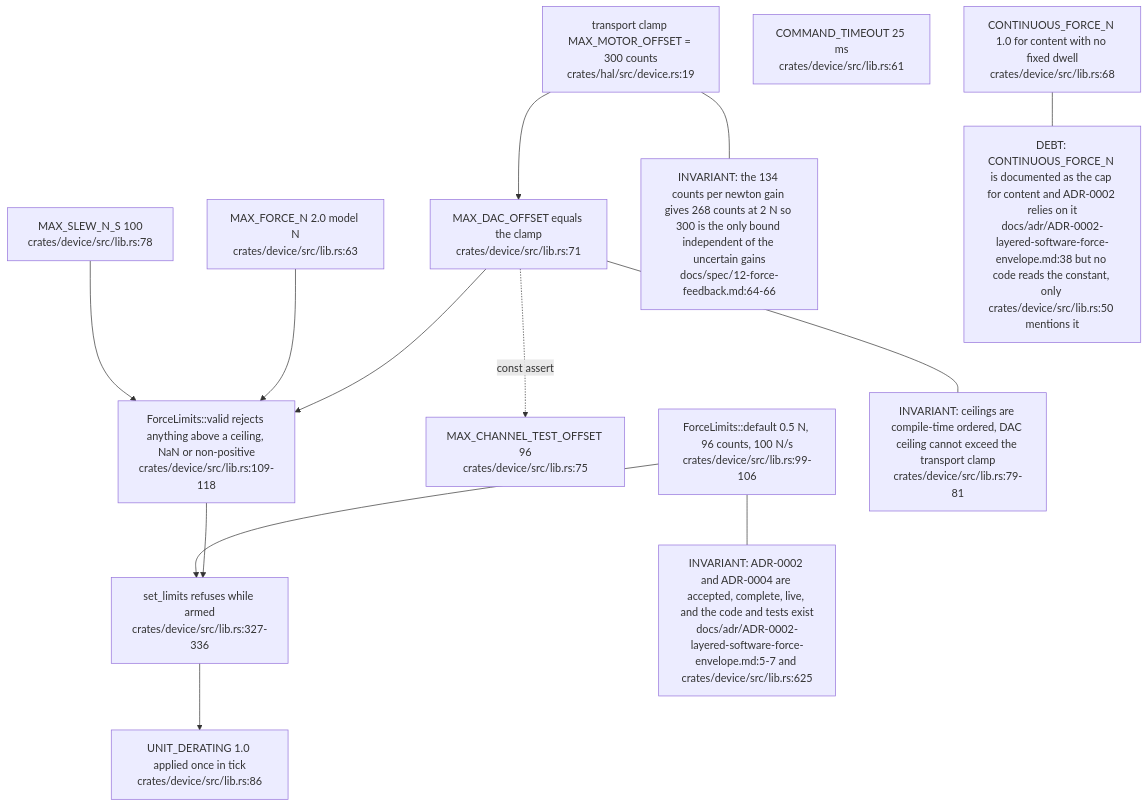
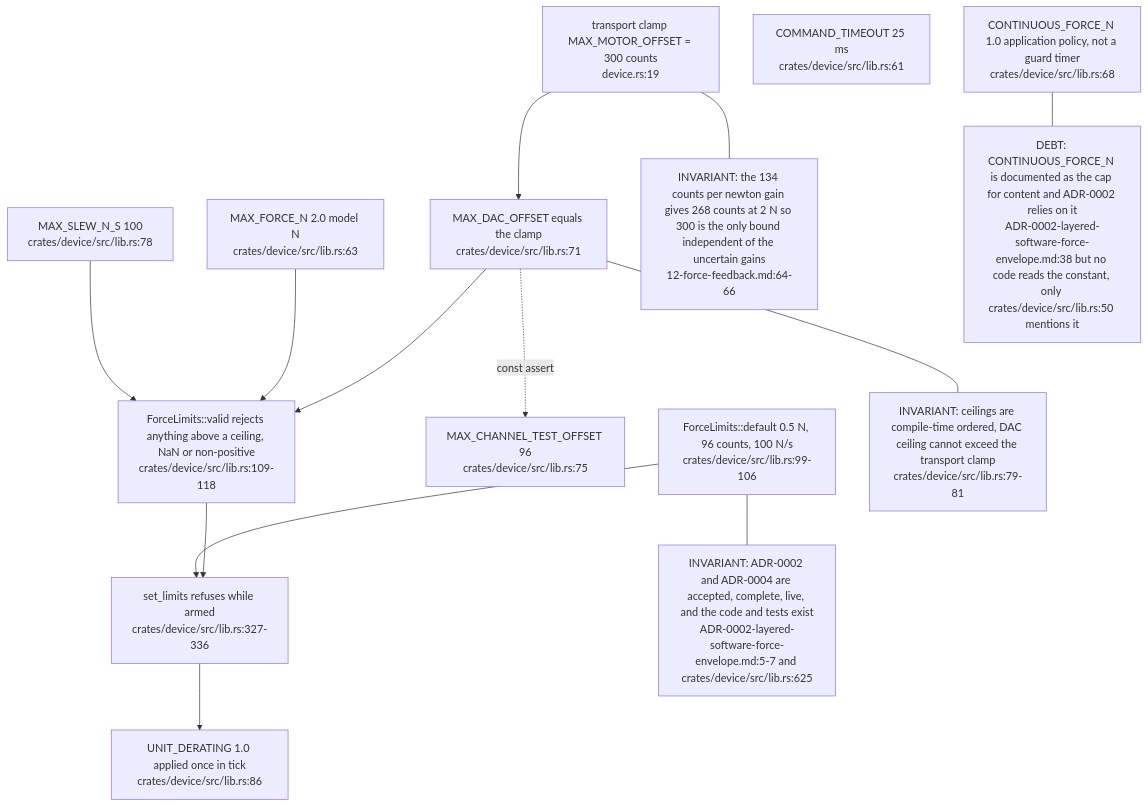
One commit to DreamLab-AI/VisionFlow changed the first of 5 diagrams in docs/diagrams/visiontouch-rs/03-device-sdk-and-force-guard.md. Above: the diagram before and after it, drawn with Mermaid. The commit also changed other lines of this file and 27 other files, not shown here.

````diff
--- a/docs/diagrams/visiontouch-rs/03-device-sdk-and-force-guard.md
+++ b/docs/diagrams/visiontouch-rs/03-device-sdk-and-force-guard.md
@@ -29,30 +31,30 @@
 ```mermaid
 flowchart TB
-    HAL["transport clamp MAX_MOTOR_OFFSET = 300 counts<br/>crates/hal/src/device.rs:19"]
+    HAL["transport clamp MAX_MOTOR_OFFSET = 300 counts<br/>device.rs:19"]
     DACMAX["MAX_DAC_OFFSET equals the clamp<br/>crates/device/src/lib.rs:71"]
     FMAX["MAX_FORCE_N 2.0 model N<br/>crates/device/src/lib.rs:63"]
     SLEW["MAX_SLEW_N_S 100<br/>crates/device/src/lib.rs:78"]
     TO["COMMAND_TIMEOUT 25 ms<br/>crates/device/src/lib.rs:61"]
     DEF["ForceLimits::default 0.5 N, 96 counts, 100 N/s<br/>crates/device/src/lib.rs:99-106"]
-    CONT["CONTINUOUS_FORCE_N 1.0 for content with no fixed dwell<br/>crates/device/src/lib.rs:68"]
+    CONT["CONTINUOUS_FORCE_N 1.0 application policy, not a guard timer<br/>crates/device/src/lib.rs:68"]
     CH["MAX_CHANNEL_TEST_OFFSET 96<br/>crates/device/src/lib.rs:75"]
     VAL["ForceLimits::valid rejects anything above a ceiling, NaN or non-positive<br/>crates/device/src/lib.rs:109-118"]
     SET["set_limits refuses while armed<br/>crates/device/src/lib.rs:327-336"]
     DER["UNIT_DERATING 1.0 applied once in tick<br/>crates/device/src/lib.rs:86"]
     HAL --> DACMAX
     DACMAX --> VAL
     FMAX --> VAL
     SLEW --> VAL
     VAL --> SET
     DEF --> SET
     DACMAX -. "const assert" .-> CH
     SET --> DER
     N1["INVARIANT: ceilings are compile-time ordered, DAC ceiling cannot exceed the transport clamp<br/>crates/device/src/lib.rs:79-81"]
-    N2["INVARIANT: the 134 counts per newton gain gives 268 counts at 2 N so 300 is the only bound independent of the uncertain gains<br/>docs/spec/12-force-feedback.md:64-66"]
-    N3["DEBT: CONTINUOUS_FORCE_N is documented as the cap for content and ADR-0002 relies on it<br/>docs/adr/ADR-0002-layered-software-force-envelope.md:38 but no code reads the constant, only crates/device/src/lib.rs:50 mentions it"]
-    N4["INVARIANT: ADR-0002 and ADR-0004 are accepted, complete, live, and the code and tests exist<br/>docs/adr/ADR-0002-layered-software-force-envelope.md:5-7 and crates/device/src/lib.rs:625"]
+    N2["INVARIANT: the 134 counts per newton gain gives 268 counts at 2 N so 300 is the only bound independent of the uncertain gains<br/>12-force-feedback.md:64-66"]
+    N3["DEBT: CONTINUOUS_FORCE_N is documented as the cap for content and ADR-0002 relies on it<br/>ADR-0002-layered-software-force-envelope.md:38 but no code reads the constant, only crates/device/src/lib.rs:50 mentions it"]
+    N4["INVARIANT: ADR-0002 and ADR-0004 are accepted, complete, live, and the code and tests exist<br/>ADR-0002-layered-software-force-envelope.md:5-7 and crates/device/src/lib.rs:625"]
     CONT --- N3
     DACMAX --- N1
     HAL --- N2
     DEF --- N4
 ```
````
